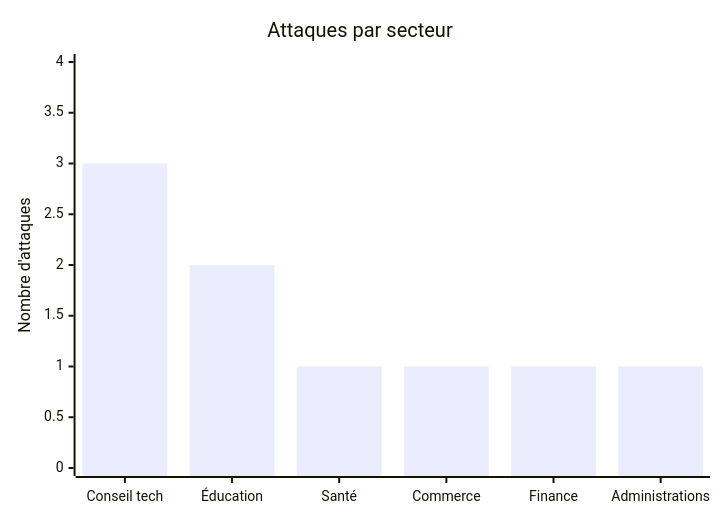
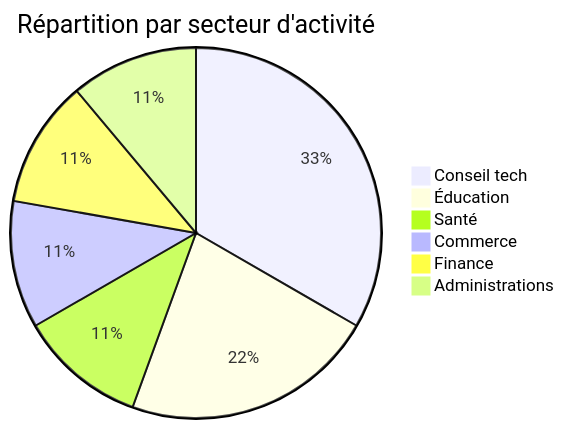
The second of 5 diagrams in reports/2025/03-march/README_FR.md (Hatchepsoute/AFRINTEL), drawn with Mermaid before and after one commit. The commit also changed other lines of this file and 7 other files, not shown here.

````diff
--- a/reports/2025/03-march/README_FR.md
+++ b/reports/2025/03-march/README_FR.md
@@ -53,7 +53,9 @@
 ```mermaid
-xychart-beta
-    title "Attaques par secteur"
-    x-axis ["Conseil tech", "Éducation", "Santé", "Commerce", "Finance", "Administrations"]
-    y-axis "Nombre d'attaques" 0 --> 4
-    bar [3, 2, 1, 1, 1, 1]
+pie title Répartition par secteur d'activité
+    "Conseil tech" : 3
+    "Éducation" : 2
+    "Santé" : 1
+    "Commerce" : 1
+    "Finance" : 1
+    "Administrations" : 1
 ```
````
